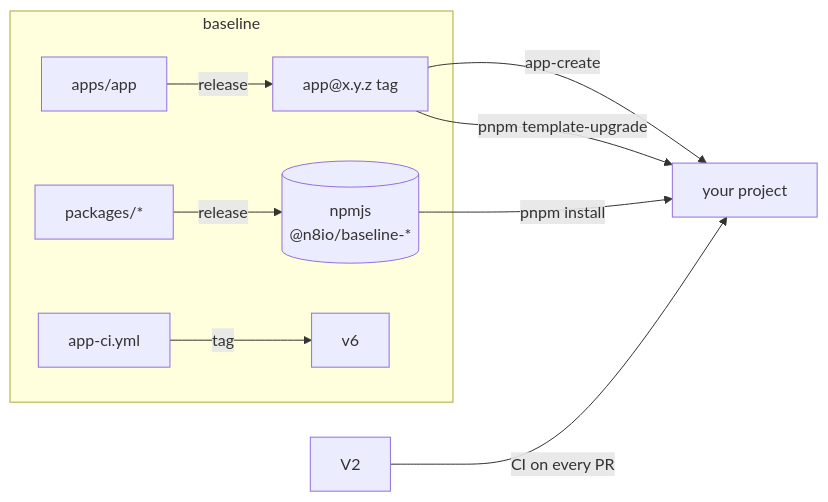
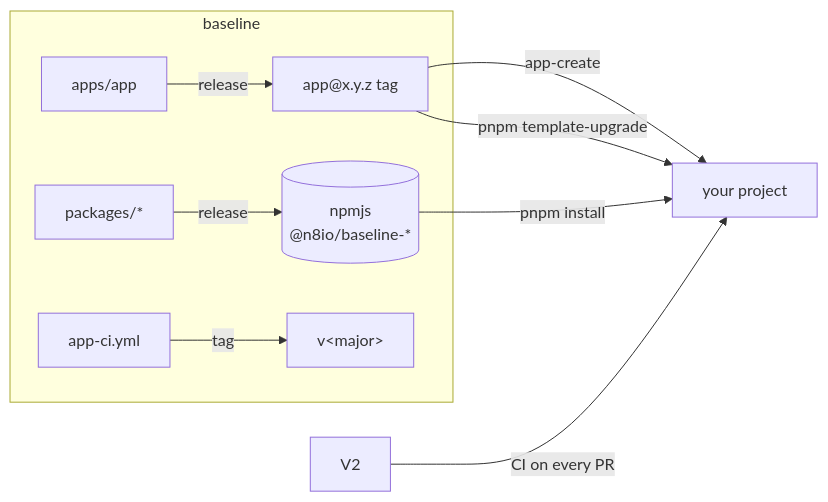
Before and after one commit to n8io/baseline: the diagram in README.md, drawn with Mermaid. The commit also changed other lines of this file and 11 other files, not shown here.

First line of the commit message:
🔖 Get the app@8 release ready: CI pin follows the Template's major, domain-create skips Markdown

````diff
--- a/README.md
+++ b/README.md
@@ -11,12 +11,12 @@
 ```mermaid
 flowchart LR
   subgraph baseline
     P["packages/*"] -->|release| GP[("npmjs<br/>@n8io/baseline-*")]
     T["apps/app"] -->|release| R["app@x.y.z tag"]
-    W["app-ci.yml"] -->|tag| V6["v6"]
+    W["app-ci.yml"] -->|tag| V["v&lt;major&gt;"]
   end
   R -->|app-create| Y["your project"]
   R -->|pnpm template-upgrade| Y
   GP -->|pnpm install| Y
   V2 -->|CI on every PR| Y
 ```
````
